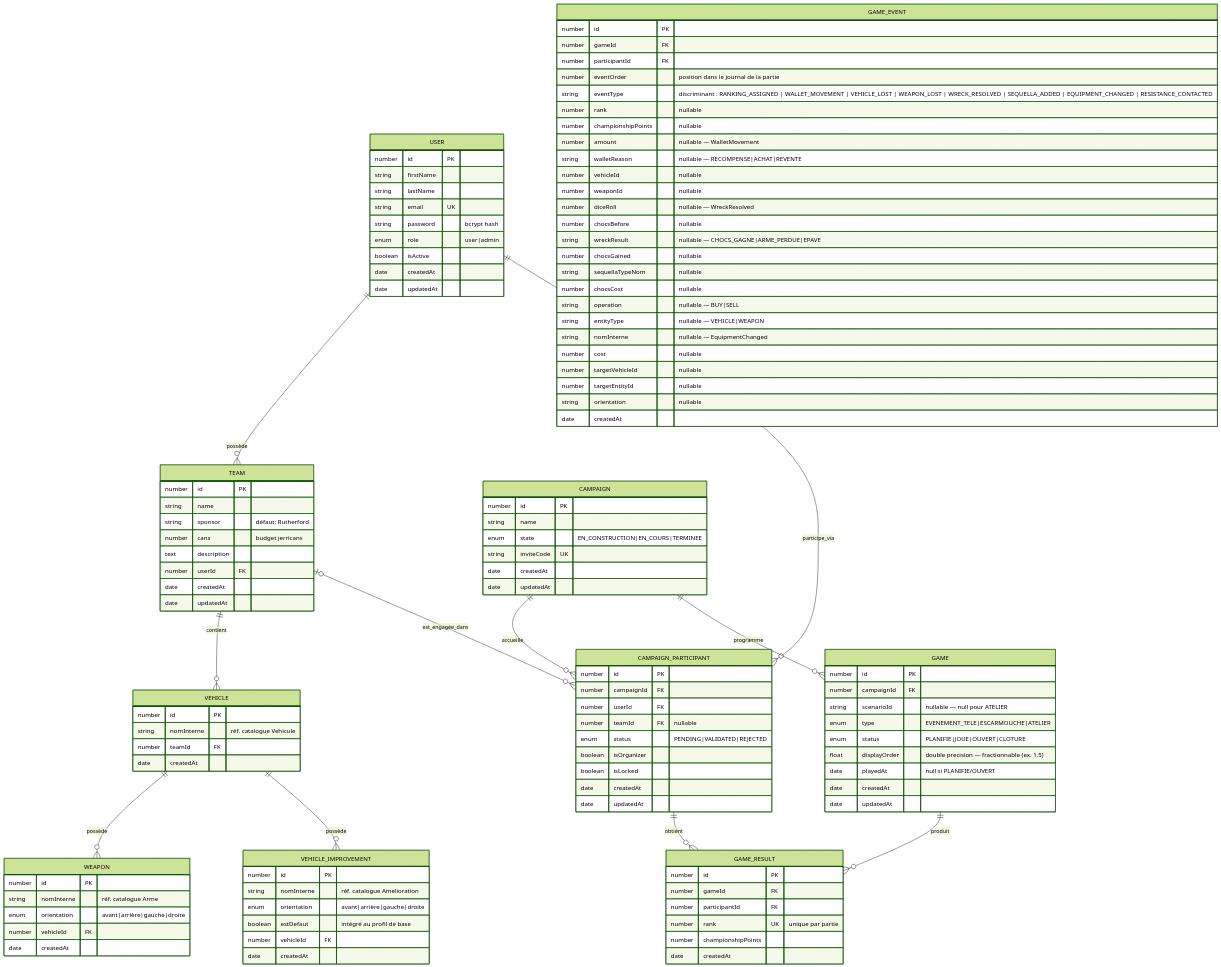
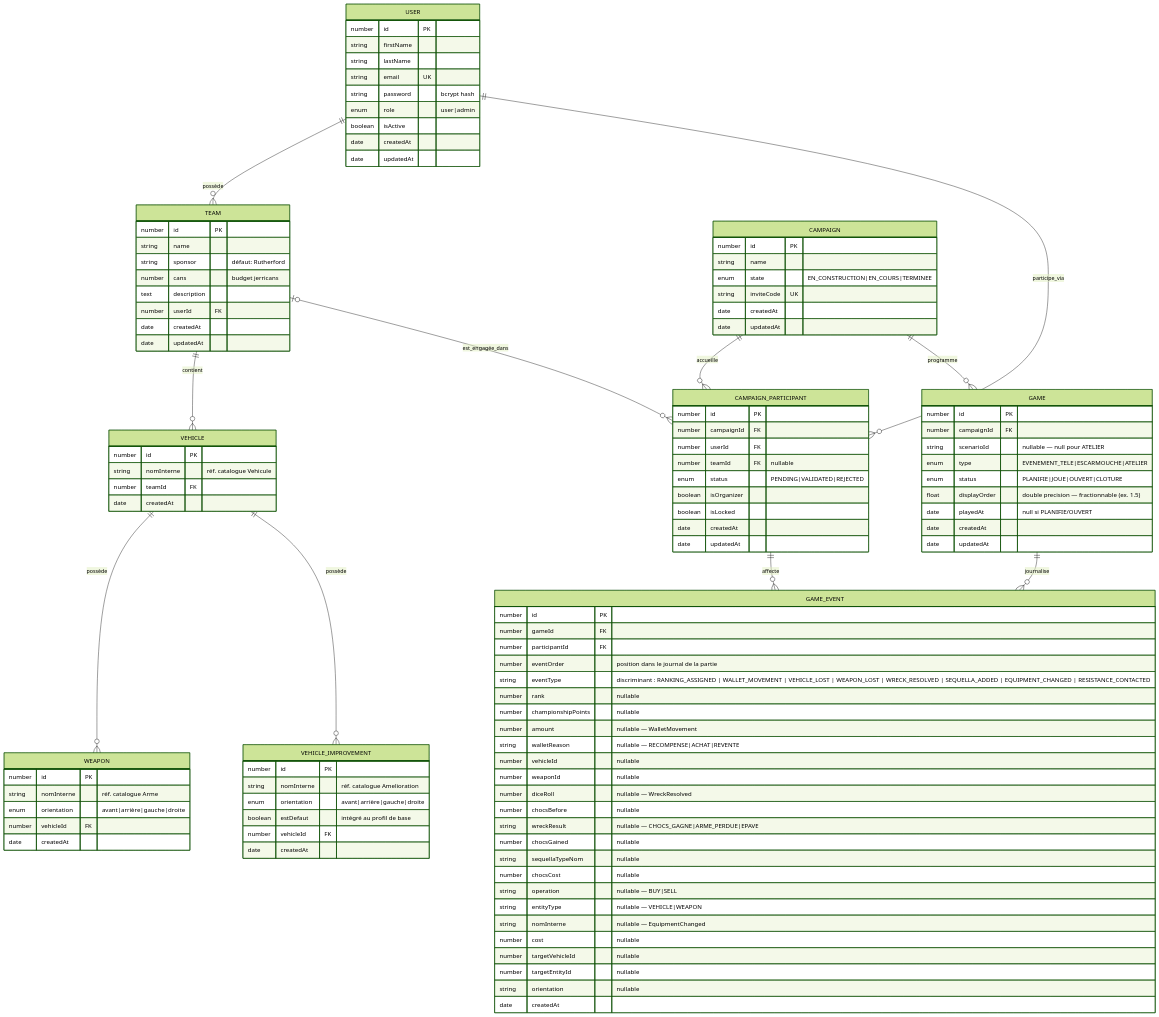
Before and after one commit to arnaudbracchetti/gaslands-manager: the third of 4 diagrams in docs/DOMAIN_MODEL.md, drawn with Mermaid (forest theme). The commit also changed other lines of this file and 2 other files, not shown here.

Commit message:
docs(campaign): aligne la documentation sur le module unifié DDD
Met à jour ARCHITECTURE (module campaign/ unifié, CampaignQueryService, §3.8),
spec/CAMPAIGN (controller unique, /results dérivé du journal) et DOMAIN_MODEL
(ERD sans GAME_RESULT — résultats reconstruits depuis GAME_EVENT).

```diff
--- a/docs/DOMAIN_MODEL.md
+++ b/docs/DOMAIN_MODEL.md
@@ -255,8 +255,8 @@
     TEAM |o--o{ CAMPAIGN_PARTICIPANT : est_engagée_dans
     CAMPAIGN ||--o{ CAMPAIGN_PARTICIPANT : accueille
     CAMPAIGN ||--o{ GAME : programme
-    GAME ||--o{ GAME_RESULT : produit
-    CAMPAIGN_PARTICIPANT ||--o{ GAME_RESULT : obtient
+    GAME ||--o{ GAME_EVENT : journalise
+    CAMPAIGN_PARTICIPANT ||--o{ GAME_EVENT : affecte
 
     USER {
         number id PK
@@ -338,15 +338,6 @@
         date updatedAt
     }
 
-    GAME_RESULT {
-        number id PK
-        number gameId FK
-        number participantId FK
-        number rank UK "unique par partie"
-        number championshipPoints
-        date createdAt
-    }
-
     GAME_EVENT {
         number id PK
         number gameId FK
```
